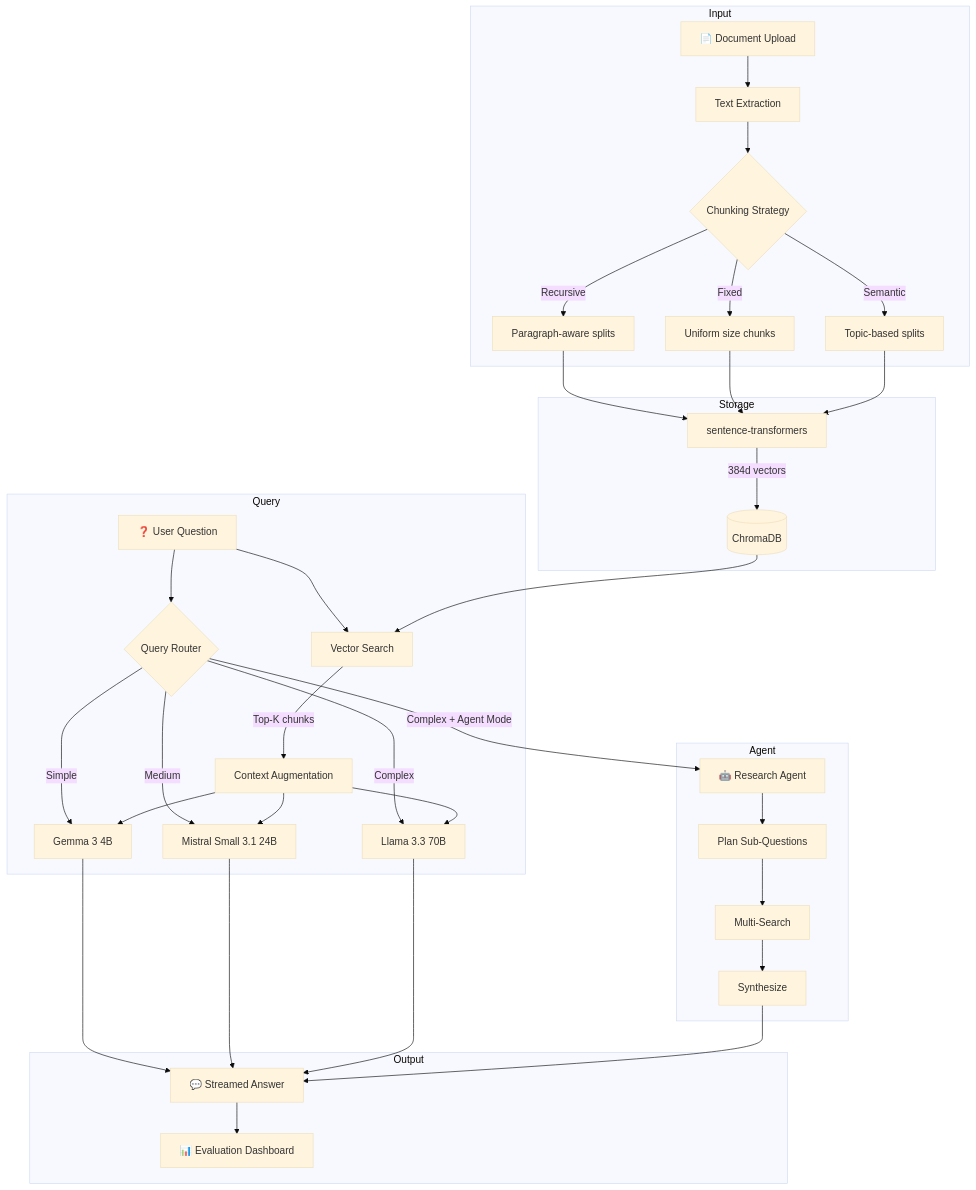
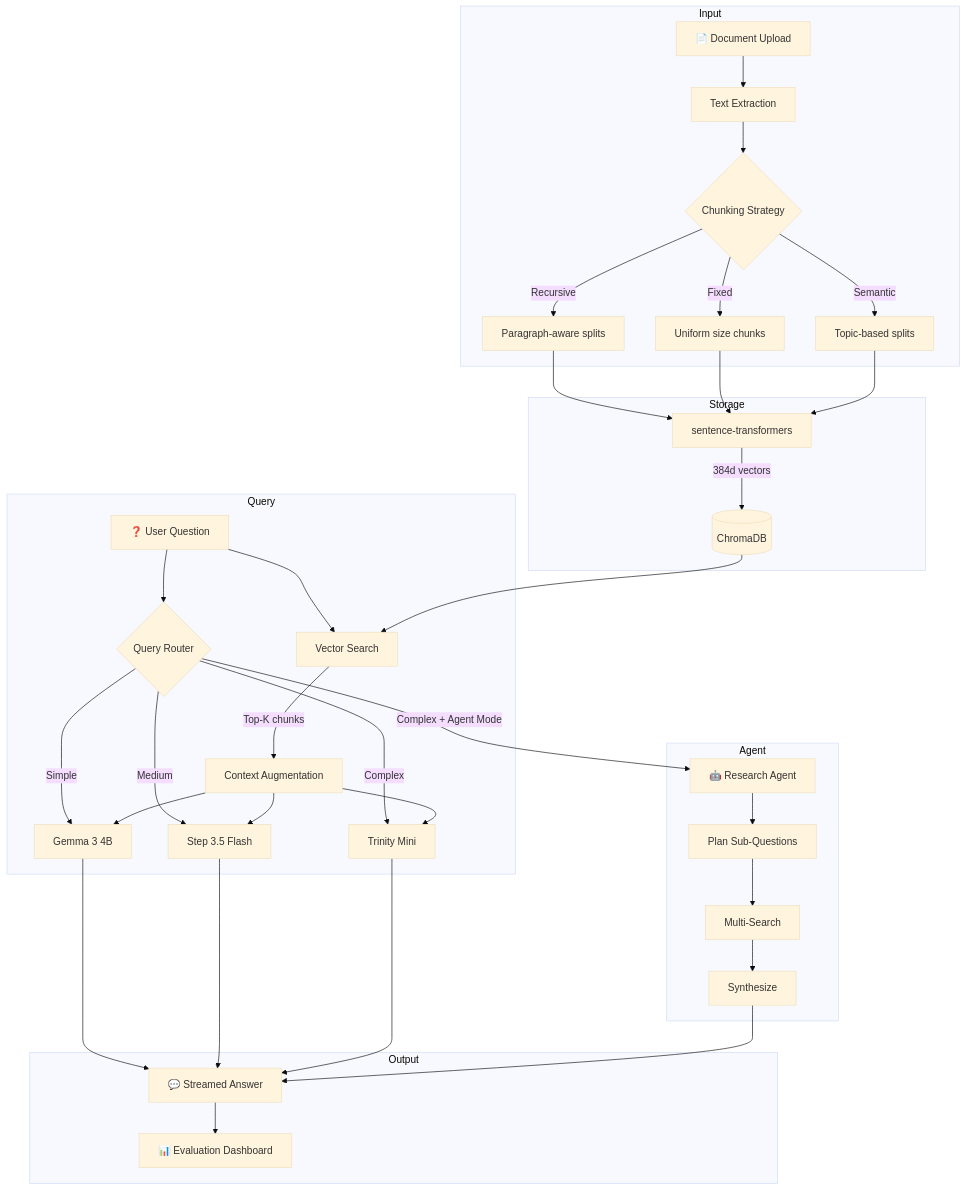
The diagram in README.md (redyinn/ai-knowledge-hub), drawn with Mermaid (base theme) before and after one commit. The commit also changed other lines of this file and 2 other files, not shown here.

Commit message:
Fix chat text visibility and switch to working free models
- Force dark text color on all chat messages and UI elements
- Replace rate-limited models with currently working ones:
  Gemma 3 4B, Step 3.5 Flash, Trinity Mini

````diff
--- a/README.md
+++ b/README.md
@@ -31,40 +31,40 @@
 ```mermaid
 graph TB
     subgraph Input
         A[📄 Document Upload] --> B[Text Extraction]
         B --> C{Chunking Strategy}
         C -->|Recursive| D1[Paragraph-aware splits]
         C -->|Fixed| D2[Uniform size chunks]
         C -->|Semantic| D3[Topic-based splits]
     end
 
     subgraph Storage
         D1 & D2 & D3 --> E[sentence-transformers]
         E -->|384d vectors| F[(ChromaDB)]
     end
 
     subgraph Query
         G[❓ User Question] --> H{Query Router}
         H -->|Simple| I1[Gemma 3 4B]
-        H -->|Medium| I2[Mistral Small 3.1 24B]
-        H -->|Complex| I3[Llama 3.3 70B]
+        H -->|Medium| I2[Step 3.5 Flash]
+        H -->|Complex| I3[Trinity Mini]
 
         G --> J[Vector Search]
         F --> J
         J -->|Top-K chunks| K[Context Augmentation]
         K --> I1 & I2 & I3
     end
 
     subgraph Agent
         H -->|Complex + Agent Mode| L[🤖 Research Agent]
         L --> M[Plan Sub-Questions]
         M --> N[Multi-Search]
         N --> O[Synthesize]
     end
 
     subgraph Output
         I1 & I2 & I3 --> P[💬 Streamed Answer]
         O --> P
         P --> Q[📊 Evaluation Dashboard]
     end
 ```
````
